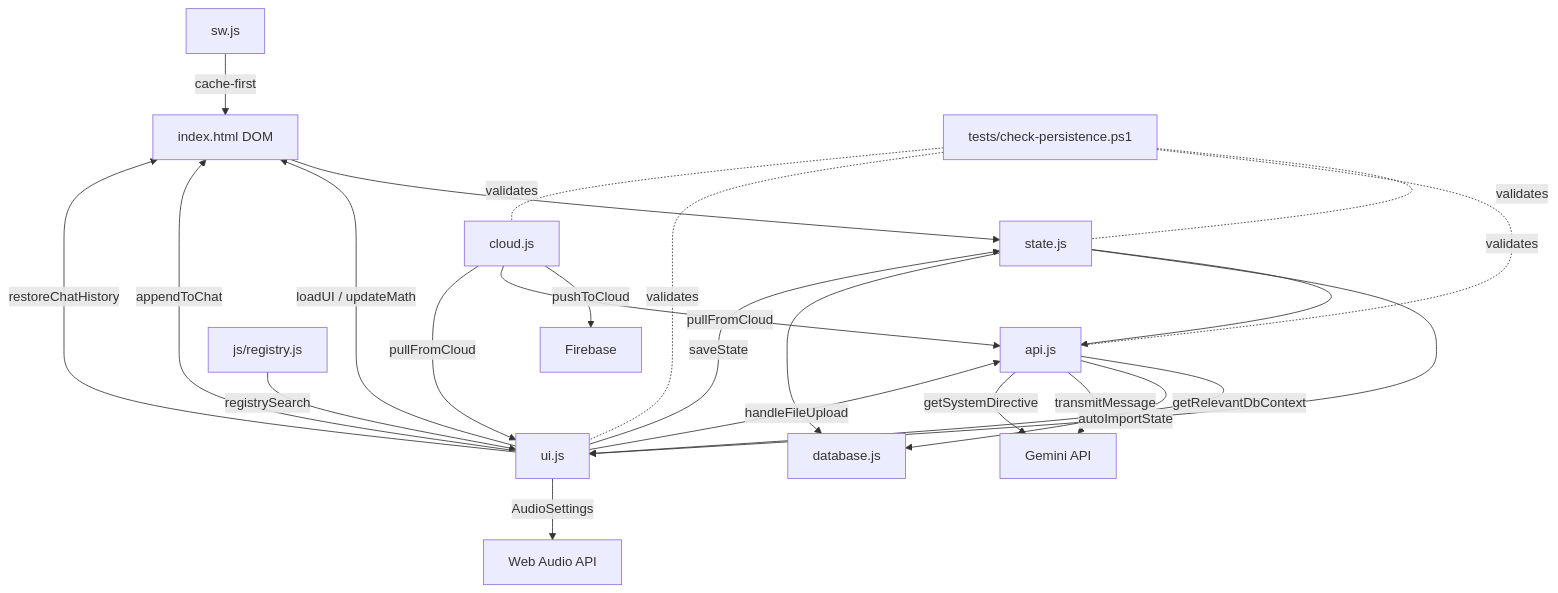
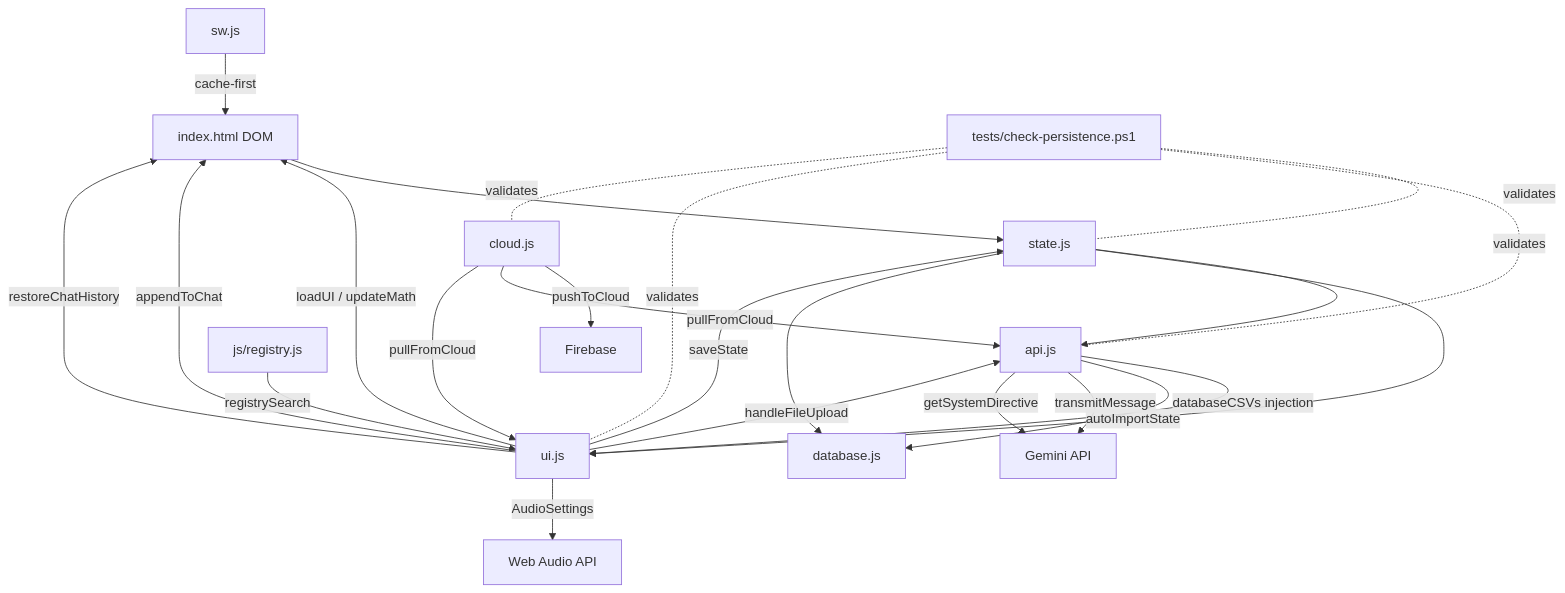
One commit to zerckzzyHD/Robco-UOS changed the diagram in ARCHITECTURE.md. Above: the diagram before and after it, drawn with Mermaid. The commit also changed other lines of this file and 14 other files, not shown here.

````diff
--- a/ARCHITECTURE.md
+++ b/ARCHITECTURE.md
@@ -591,32 +590,32 @@
 ```mermaid
 graph TD
     A[index.html DOM] --> B[state.js]
     B --> C[api.js]
     B --> D[ui.js]
     B --> E[database.js]
 
-    C -->|autoImportState| D
-    C -->|getRelevantDbContext| E
-    C -->|transmitMessage| F[Gemini API]
-    C -->|getSystemDirective| F
+    C --> |autoImportState| D
+    C --> |databaseCSVs injection| E
+    C --> |transmitMessage| F[Gemini API]
+    C --> |getSystemDirective| F
 
     D -->|loadUI / updateMath| A
     D -->|saveState| B
     D -->|appendToChat| A
     D -->|AudioSettings| G[Web Audio API]
     D -->|handleFileUpload| C
     D -->|restoreChatHistory| A
 
     H[cloud.js] -->|pushToCloud| I[Firebase]
     H -->|pullFromCloud| C
     H -->|pullFromCloud| D
 
     J[sw.js] -->|cache-first| A
 
     K[tests/check-persistence.ps1] -.-|validates| B
     K -.-|validates| C
     K -.-|validates| D
     K -.-|validates| H
 
     L[js/registry.js] -->|registrySearch| D
 ```
````
